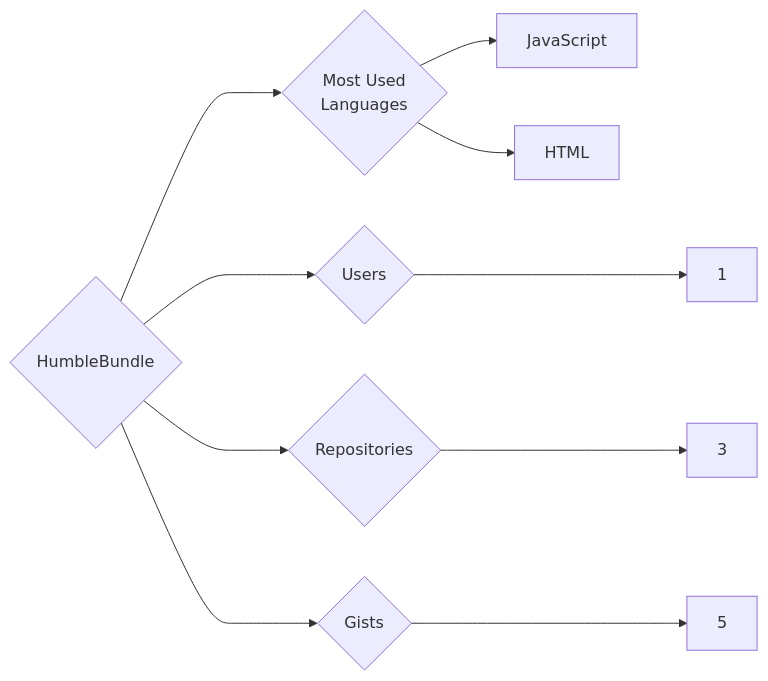
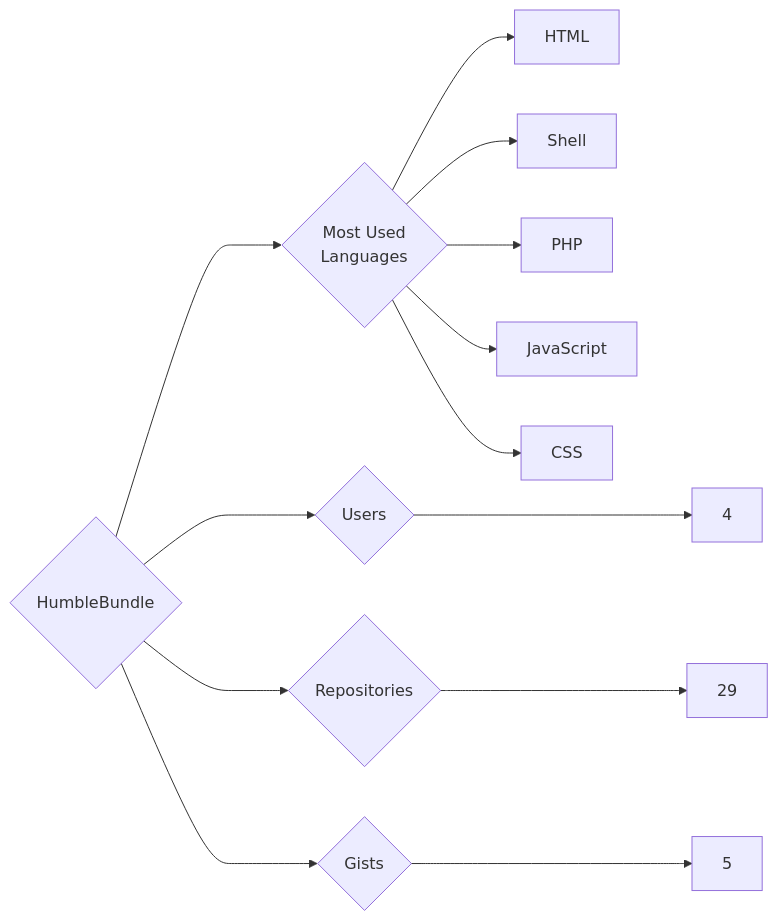
One commit to trickest/insiders changed the diagram in targets/HumbleBundle/README.md. Above: the diagram before and after it, drawn with Mermaid. The commit also changed 1092 other files, not shown here.

````diff
--- a/targets/HumbleBundle/README.md
+++ b/targets/HumbleBundle/README.md
@@ -3,10 +3,13 @@
 ```mermaid
 graph LR
 COMPANY_NAME{HumbleBundle}
-COMPANY_NAME ---> U{Users} ---> UN[1]
-COMPANY_NAME ---> R{Repositories} ---> RN[3]
+COMPANY_NAME ---> U{Users} ---> UN[4]
+COMPANY_NAME ---> R{Repositories} ---> RN[29]
 COMPANY_NAME ---> G{Gists} ---> GN[5]
 COMPANY_NAME ---> ML{Most Used<br>Languages}
+ML --> HTML[HTML]
+ML --> Shell[Shell]
+ML --> PHP[PHP]
 ML --> JavaScript[JavaScript]
-ML --> HTML[HTML]
+ML --> CSS[CSS]
 ```
````
